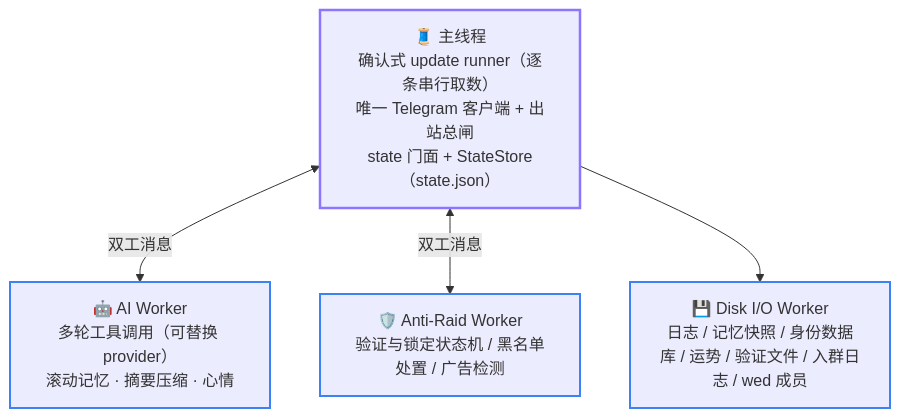
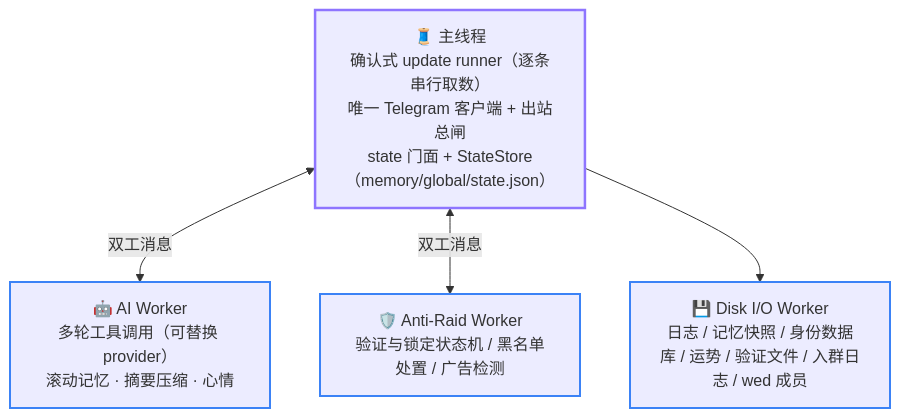
The first of 2 diagrams in docs/cn/02-architecture.md (Asashishi/copy_ninjia), drawn with Mermaid before and after one commit. The commit also changed other lines of this file and 364 other files, not shown here.

````diff
--- a/docs/cn/02-architecture.md
+++ b/docs/cn/02-architecture.md
@@ -17,14 +17,14 @@
 ```mermaid
 flowchart TD
     classDef main stroke:#8e75ff,stroke-width:2.5px;
     classDef worker stroke:#3b82f6,stroke-width:2px;
 
-    MAIN["🧵 主线程<br/>确认式 update runner（逐条串行取数）<br/>唯一 Telegram 客户端 + 出站总闸<br/>state 门面 + StateStore（state.json）"]:::main
+    MAIN["🧵 主线程<br/>确认式 update runner（逐条串行取数）<br/>唯一 Telegram 客户端 + 出站总闸<br/>state 门面 + StateStore（memory/global/state.json）"]:::main
     AI["🤖 AI Worker<br/>多轮工具调用（可替换 provider）<br/>滚动记忆 · 摘要压缩 · 心情"]:::worker
     RAID["🛡️ Anti-Raid Worker<br/>验证与锁定状态机 / 黑名单处置 / 广告检测"]:::worker
     DISK["💾 Disk I/O Worker<br/>日志 / 记忆快照 / 身份数据库 / 运势 / 验证文件 / 入群日志 / wed 成员"]:::worker
 
     MAIN <-->|双工消息| AI
     MAIN <-->|双工消息| RAID
     MAIN --> DISK
 ```
````
